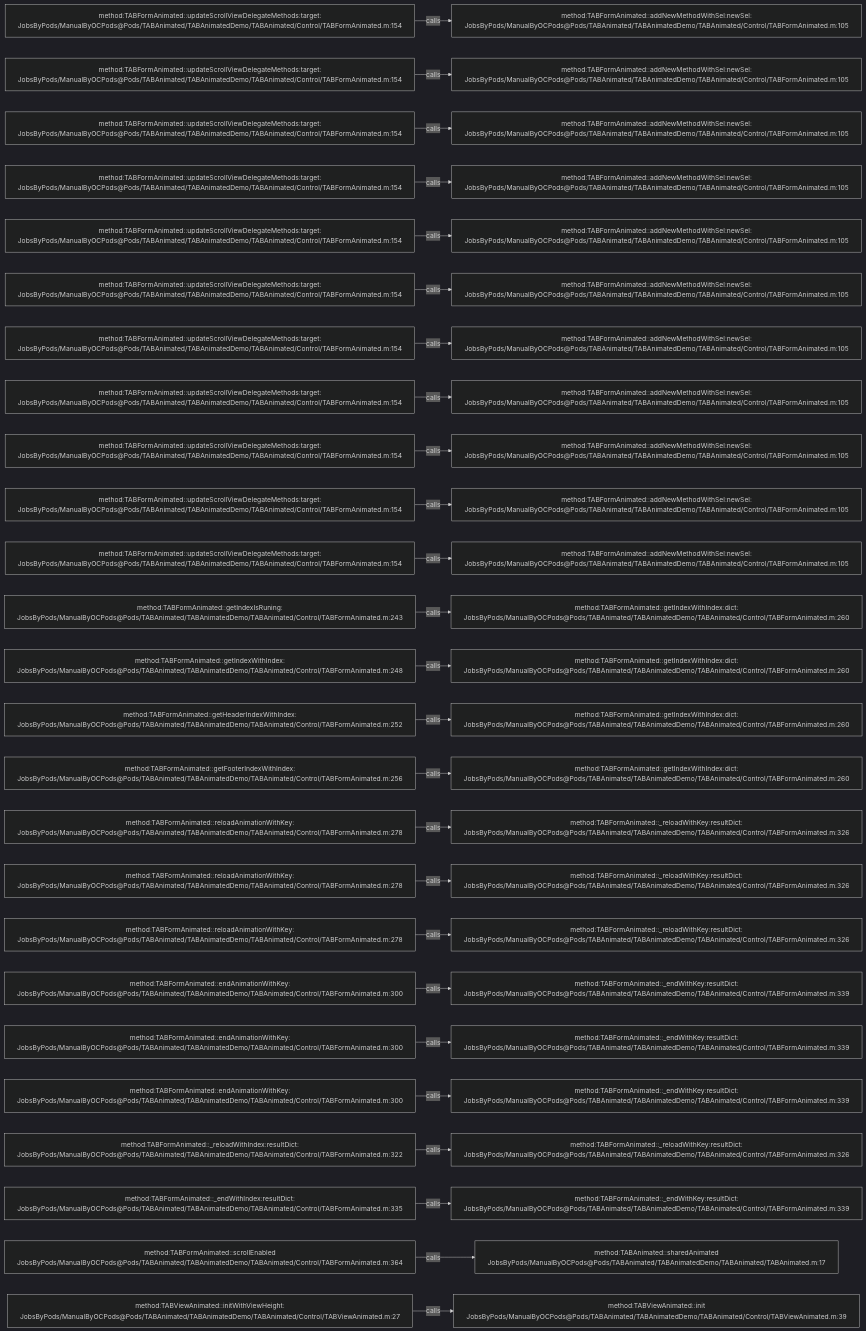
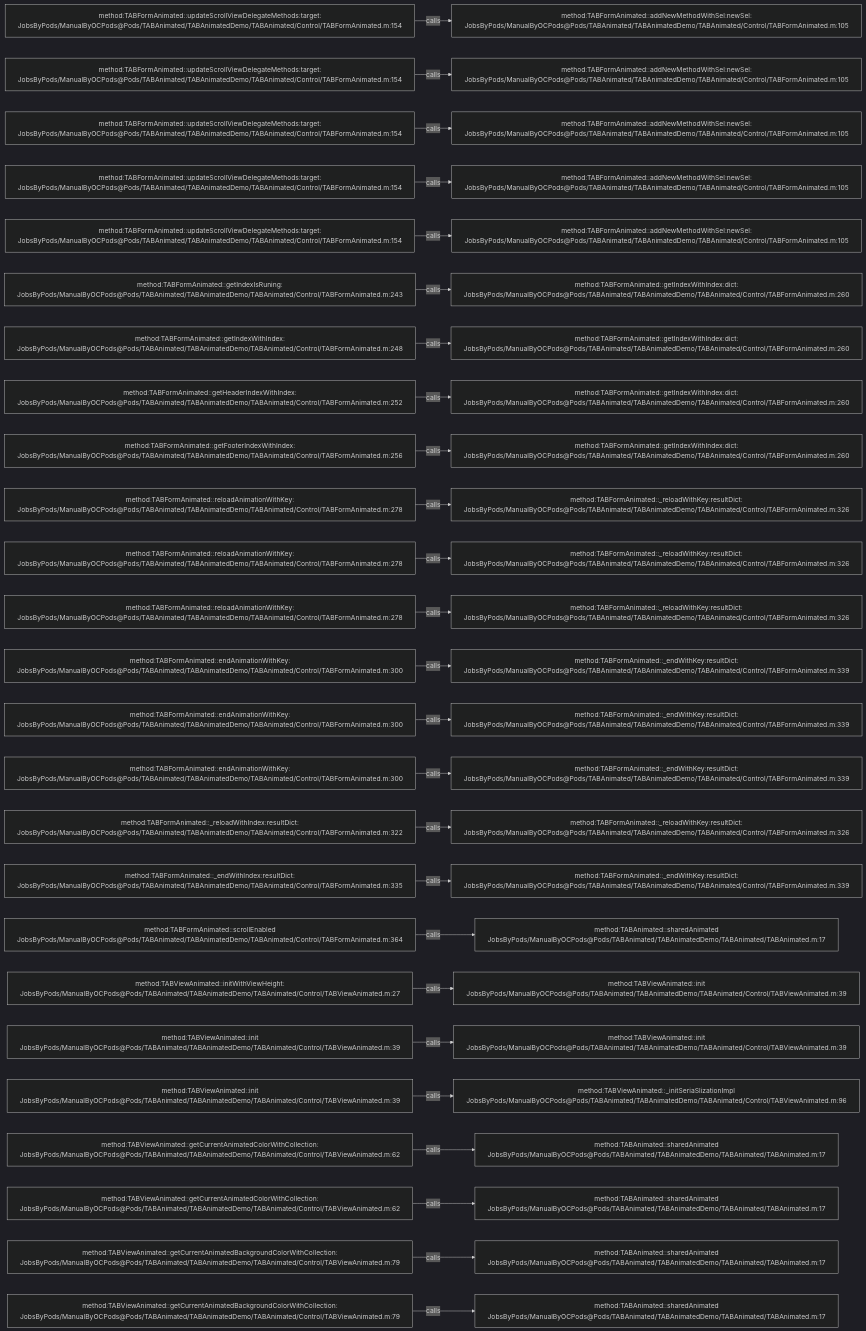
One commit to JobsKits/JobsOCBaseConfigDemo changed the diagram in .codegraph/codegraph.md/graphs/calls-017.md. Above: the diagram before and after it, drawn with Mermaid (dark theme). The commit also changed 666 other files, not shown here.

````diff
--- a/.codegraph/codegraph.md/graphs/calls-017.md
+++ b/.codegraph/codegraph.md/graphs/calls-017.md
@@ -13,78 +13,78 @@
 ```mermaid
 flowchart LR
   S1["method:TABFormAnimated::updateScrollViewDelegateMethods:target:<br/>JobsByPods/ManualByOCPods@Pods/TABAnimated/TABAnimatedDemo/TABAnimated/Control/TABFormAnimated.m:154"]
   T1["method:TABFormAnimated::addNewMethodWithSel:newSel:<br/>JobsByPods/ManualByOCPods@Pods/TABAnimated/TABAnimatedDemo/TABAnimated/Control/TABFormAnimated.m:105"]
   S1 -->|calls| T1
   S2["method:TABFormAnimated::updateScrollViewDelegateMethods:target:<br/>JobsByPods/ManualByOCPods@Pods/TABAnimated/TABAnimatedDemo/TABAnimated/Control/TABFormAnimated.m:154"]
   T2["method:TABFormAnimated::addNewMethodWithSel:newSel:<br/>JobsByPods/ManualByOCPods@Pods/TABAnimated/TABAnimatedDemo/TABAnimated/Control/TABFormAnimated.m:105"]
   S2 -->|calls| T2
   S3["method:TABFormAnimated::updateScrollViewDelegateMethods:target:<br/>JobsByPods/ManualByOCPods@Pods/TABAnimated/TABAnimatedDemo/TABAnimated/Control/TABFormAnimated.m:154"]
   T3["method:TABFormAnimated::addNewMethodWithSel:newSel:<br/>JobsByPods/ManualByOCPods@Pods/TABAnimated/TABAnimatedDemo/TABAnimated/Control/TABFormAnimated.m:105"]
   S3 -->|calls| T3
   S4["method:TABFormAnimated::updateScrollViewDelegateMethods:target:<br/>JobsByPods/ManualByOCPods@Pods/TABAnimated/TABAnimatedDemo/TABAnimated/Control/TABFormAnimated.m:154"]
   T4["method:TABFormAnimated::addNewMethodWithSel:newSel:<br/>JobsByPods/ManualByOCPods@Pods/TABAnimated/TABAnimatedDemo/TABAnimated/Control/TABFormAnimated.m:105"]
   S4 -->|calls| T4
   S5["method:TABFormAnimated::updateScrollViewDelegateMethods:target:<br/>JobsByPods/ManualByOCPods@Pods/TABAnimated/TABAnimatedDemo/TABAnimated/Control/TABFormAnimated.m:154"]
   T5["method:TABFormAnimated::addNewMethodWithSel:newSel:<br/>JobsByPods/ManualByOCPods@Pods/TABAnimated/TABAnimatedDemo/TABAnimated/Control/TABFormAnimated.m:105"]
   S5 -->|calls| T5
-  S6["method:TABFormAnimated::updateScrollViewDelegateMethods:target:<br/>JobsByPods/ManualByOCPods@Pods/TABAnimated/TABAnimatedDemo/TABAnimated/Control/TABFormAnimated.m:154"]
-  T6["method:TABFormAnimated::addNewMethodWithSel:newSel:<br/>JobsByPods/ManualByOCPods@Pods/TABAnimated/TABAnimatedDemo/TABAnimated/Control/TABFormAnimated.m:105"]
+  S6["method:TABFormAnimated::getIndexIsRuning:<br/>JobsByPods/ManualByOCPods@Pods/TABAnimated/TABAnimatedDemo/TABAnimated/Control/TABFormAnimated.m:243"]
+  T6["method:TABFormAnimated::getIndexWithIndex:dict:<br/>JobsByPods/ManualByOCPods@Pods/TABAnimated/TABAnimatedDemo/TABAnimated/Control/TABFormAnimated.m:260"]
   S6 -->|calls| T6
-  S7["method:TABFormAnimated::updateScrollViewDelegateMethods:target:<br/>JobsByPods/ManualByOCPods@Pods/TABAnimated/TABAnimatedDemo/TABAnimated/Control/TABFormAnimated.m:154"]
-  T7["method:TABFormAnimated::addNewMethodWithSel:newSel:<br/>JobsByPods/ManualByOCPods@Pods/TABAnimated/TABAnimatedDemo/TABAnimated/Control/TABFormAnimated.m:105"]
+  S7["method:TABFormAnimated::getIndexWithIndex:<br/>JobsByPods/ManualByOCPods@Pods/TABAnimated/TABAnimatedDemo/TABAnimated/Control/TABFormAnimated.m:248"]
+  T7["method:TABFormAnimated::getIndexWithIndex:dict:<br/>JobsByPods/ManualByOCPods@Pods/TABAnimated/TABAnimatedDemo/TABAnimated/Control/TABFormAnimated.m:260"]
   S7 -->|calls| T7
-  S8["method:TABFormAnimated::updateScrollViewDelegateMethods:target:<br/>JobsByPods/ManualByOCPods@Pods/TABAnimated/TABAnimatedDemo/TABAnimated/Control/TABFormAnimated.m:154"]
-  T8["method:TABFormAnimated::addNewMethodWithSel:newSel:<br/>JobsByPods/ManualByOCPods@Pods/TABAnimated/TABAnimatedDemo/TABAnimated/Control/TABFormAnimated.m:105"]
+  S8["method:TABFormAnimated::getHeaderIndexWithIndex:<br/>JobsByPods/ManualByOCPods@Pods/TABAnimated/TABAnimatedDemo/TABAnimated/Control/TABFormAnimated.m:252"]
+  T8["method:TABFormAnimated::getIndexWithIndex:dict:<br/>JobsByPods/ManualByOCPods@Pods/TABAnimated/TABAnimatedDemo/TABAnimated/Control/TABFormAnimated.m:260"]
   S8 -->|calls| T8
-  S9["method:TABFormAnimated::updateScrollViewDelegateMethods:target:<br/>JobsByPods/ManualByOCPods@Pods/TABAnimated/TABAnimatedDemo/TABAnimated/Control/TABFormAnimated.m:154"]
-  T9["method:TABFormAnimated::addNewMethodWithSel:newSel:<br/>JobsByPods/ManualByOCPods@Pods/TABAnimated/TABAnimatedDemo/TABAnimated/Control/TABFormAnimated.m:105"]
+  S9["method:TABFormAnimated::getFooterIndexWithIndex:<br/>JobsByPods/ManualByOCPods@Pods/TABAnimated/TABAnimatedDemo/TABAnimated/Control/TABFormAnimated.m:256"]
+  T9["method:TABFormAnimated::getIndexWithIndex:dict:<br/>JobsByPods/ManualByOCPods@Pods/TABAnimated/TABAnimatedDemo/TABAnimated/Control/TABFormAnimated.m:260"]
   S9 -->|calls| T9
-  S10["method:TABFormAnimated::updateScrollViewDelegateMethods:target:<br/>JobsByPods/ManualByOCPods@Pods/TABAnimated/TABAnimatedDemo/TABAnimated/Control/TABFormAnimated.m:154"]
-  T10["method:TABFormAnimated::addNewMethodWithSel:newSel:<br/>JobsByPods/ManualByOCPods@Pods/TABAnimated/TABAnimatedDemo/TABAnimated/Control/TABFormAnimated.m:105"]
+  S10["method:TABFormAnimated::reloadAnimationWithKey:<br/>JobsByPods/ManualByOCPods@Pods/TABAnimated/TABAnimatedDemo/TABAnimated/Control/TABFormAnimated.m:278"]
+  T10["method:TABFormAnimated::_reloadWithKey:resultDict:<br/>JobsByPods/ManualByOCPods@Pods/TABAnimated/TABAnimatedDemo/TABAnimated/Control/TABFormAnimated.m:326"]
   S10 -->|calls| T10
-  S11["method:TABFormAnimated::updateScrollViewDelegateMethods:target:<br/>JobsByPods/ManualByOCPods@Pods/TABAnimated/TABAnimatedDemo/TABAnimated/Control/TABFormAnimated.m:154"]
-  T11["method:TABFormAnimated::addNewMethodWithSel:newSel:<br/>JobsByPods/ManualByOCPods@Pods/TABAnimated/TABAnimatedDemo/TABAnimated/Control/TABFormAnimated.m:105"]
+  S11["method:TABFormAnimated::reloadAnimationWithKey:<br/>JobsByPods/ManualByOCPods@Pods/TABAnimated/TABAnimatedDemo/TABAnimated/Control/TABFormAnimated.m:278"]
+  T11["method:TABFormAnimated::_reloadWithKey:resultDict:<br/>JobsByPods/ManualByOCPods@Pods/TABAnimated/TABAnimatedDemo/TABAnimated/Control/TABFormAnimated.m:326"]
   S11 -->|calls| T11
-  S12["method:TABFormAnimated::getIndexIsRuning:<br/>JobsByPods/ManualByOCPods@Pods/TABAnimated/TABAnimatedDemo/TABAnimated/Control/TABFormAnimated.m:243"]
-  T12["method:TABFormAnimated::getIndexWithIndex:dict:<br/>JobsByPods/ManualByOCPods@Pods/TABAnimated/TABAnimatedDemo/TABAnimated/Control/TABFormAnimated.m:260"]
+  S12["method:TABFormAnimated::reloadAnimationWithKey:<br/>JobsByPods/ManualByOCPods@Pods/TABAnimated/TABAnimatedDemo/TABAnimated/Control/TABFormAnimated.m:278"]
+  T12["method:TABFormAnimated::_reloadWithKey:resultDict:<br/>JobsByPods/ManualByOCPods@Pods/TABAnimated/TABAnimatedDemo/TABAnimated/Control/TABFormAnimated.m:326"]
   S12 -->|calls| T12
-  S13["method:TABFormAnimated::getIndexWithIndex:<br/>JobsByPods/ManualByOCPods@Pods/TABAnimated/TABAnimatedDemo/TABAnimated/Control/TABFormAnimated.m:248"]
-  T13["method:TABFormAnimated::getIndexWithIndex:dict:<br/>JobsByPods/ManualByOCPods@Pods/TABAnimated/TABAnimatedDemo/TABAnimated/Control/TABFormAnimated.m:260"]
+  S13["method:TABFormAnimated::endAnimationWithKey:<br/>JobsByPods/ManualByOCPods@Pods/TABAnimated/TABAnimatedDemo/TABAnimated/Control/TABFormAnimated.m:300"]
+  T13["method:TABFormAnimated::_endWithKey:resultDict:<br/>JobsByPods/ManualByOCPods@Pods/TABAnimated/TABAnimatedDemo/TABAnimated/Control/TABFormAnimated.m:339"]
   S13 -->|calls| T13
-  S14["method:TABFormAnimated::getHeaderIndexWithIndex:<br/>JobsByPods/ManualByOCPods@Pods/TABAnimated/TABAnimatedDemo/TABAnimated/Control/TABFormAnimated.m:252"]
-  T14["method:TABFormAnimated::getIndexWithIndex:dict:<br/>JobsByPods/ManualByOCPods@Pods/TABAnimated/TABAnimatedDemo/TABAnimated/Control/TABFormAnimated.m:260"]
+  S14["method:TABFormAnimated::endAnimationWithKey:<br/>JobsByPods/ManualByOCPods@Pods/TABAnimated/TABAnimatedDemo/TABAnimated/Control/TABFormAnimated.m:300"]
+  T14["method:TABFormAnimated::_endWithKey:resultDict:<br/>JobsByPods/ManualByOCPods@Pods/TABAnimated/TABAnimatedDemo/TABAnimated/Control/TABFormAnimated.m:339"]
   S14 -->|calls| T14
-  S15["method:TABFormAnimated::getFooterIndexWithIndex:<br/>JobsByPods/ManualByOCPods@Pods/TABAnimated/TABAnimatedDemo/TABAnimated/Control/TABFormAnimated.m:256"]
-  T15["method:TABFormAnimated::getIndexWithIndex:dict:<br/>JobsByPods/ManualByOCPods@Pods/TABAnimated/TABAnimatedDemo/TABAnimated/Control/TABFormAnimated.m:260"]
+  S15["method:TABFormAnimated::endAnimationWithKey:<br/>JobsByPods/ManualByOCPods@Pods/TABAnimated/TABAnimatedDemo/TABAnimated/Control/TABFormAnimated.m:300"]
+  T15["method:TABFormAnimated::_endWithKey:resultDict:<br/>JobsByPods/ManualByOCPods@Pods/TABAnimated/TABAnimatedDemo/TABAnimated/Control/TABFormAnimated.m:339"]
   S15 -->|calls| T15
-  S16["method:TABFormAnimated::reloadAnimationWithKey:<br/>JobsByPods/ManualByOCPods@Pods/TABAnimated/TABAnimatedDemo/TABAnimated/Control/TABFormAnimated.m:278"]
+  S16["method:TABFormAnimated::_reloadWithIndex:resultDict:<br/>JobsByPods/ManualByOCPods@Pods/TABAnimated/TABAnimatedDemo/TABAnimated/Control/TABFormAnimated.m:322"]
   T16["method:TABFormAnimated::_reloadWithKey:resultDict:<br/>JobsByPods/ManualByOCPods@Pods/TABAnimated/TABAnimatedDemo/TABAnimated/Control/TABFormAnimated.m:326"]
   S16 -->|calls| T16
-  S17["method:TABFormAnimated::reloadAnimationWithKey:<br/>JobsByPods/ManualByOCPods@Pods/TABAnimated/TABAnimatedDemo/TABAnimated/Control/TABFormAnimated.m:278"]
-  T17["method:TABFormAnimated::_reloadWithKey:resultDict:<br/>JobsByPods/ManualByOCPods@Pods/TABAnimated/TABAnimatedDemo/TABAnimated/Control/TABFormAnimated.m:326"]
+  S17["method:TABFormAnimated::_endWithIndex:resultDict:<br/>JobsByPods/ManualByOCPods@Pods/TABAnimated/TABAnimatedDemo/TABAnimated/Control/TABFormAnimated.m:335"]
+  T17["method:TABFormAnimated::_endWithKey:resultDict:<br/>JobsByPods/ManualByOCPods@Pods/TABAnimated/TABAnimatedDemo/TABAnimated/Control/TABFormAnimated.m:339"]
   S17 -->|calls| T17
-  S18["method:TABFormAnimated::reloadAnimationWithKey:<br/>JobsByPods/ManualByOCPods@Pods/TABAnimated/TABAnimatedDemo/TABAnimated/Control/TABFormAnimated.m:278"]
-  T18["method:TABFormAnimated::_reloadWithKey:resultDict:<br/>JobsByPods/ManualByOCPods@Pods/TABAnimated/TABAnimatedDemo/TABAnimated/Control/TABFormAnimated.m:326"]
+  S18["method:TABFormAnimated::scrollEnabled<br/>JobsByPods/ManualByOCPods@Pods/TABAnimated/TABAnimatedDemo/TABAnimated/Control/TABFormAnimated.m:364"]
+  T18["method:TABAnimated::sharedAnimated<br/>JobsByPods/ManualByOCPods@Pods/TABAnimated/TABAnimatedDemo/TABAnimated/TABAnimated.m:17"]
   S18 -->|calls| T18
-  S19["method:TABFormAnimated::endAnimationWithKey:<br/>JobsByPods/ManualByOCPods@Pods/TABAnimated/TABAnimatedDemo/TABAnimated/Control/TABFormAnimated.m:300"]
-  T19["method:TABFormAnimated::_endWithKey:resultDict:<br/>JobsByPods/ManualByOCPods@Pods/TABAnimated/TABAnimatedDemo/TABAnimated/Control/TABFormAnimated.m:339"]
+  S19["method:TABViewAnimated::initWithViewHeight:<br/>JobsByPods/ManualByOCPods@Pods/TABAnimated/TABAnimatedDemo/TABAnimated/Control/TABViewAnimated.m:27"]
+  T19["method:TABViewAnimated::init<br/>JobsByPods/ManualByOCPods@Pods/TABAnimated/TABAnimatedDemo/TABAnimated/Control/TABViewAnimated.m:39"]
   S19 -->|calls| T19
-  S20["method:TABFormAnimated::endAnimationWithKey:<br/>JobsByPods/ManualByOCPods@Pods/TABAnimated/TABAnimatedDemo/TABAnimated/Control/TABFormAnimated.m:300"]
-  T20["method:TABFormAnimated::_endWithKey:resultDict:<br/>JobsByPods/ManualByOCPods@Pods/TABAnimated/TABAnimatedDemo/TABAnimated/Control/TABFormAnimated.m:339"]
+  S20["method:TABViewAnimated::init<br/>JobsByPods/ManualByOCPods@Pods/TABAnimated/TABAnimatedDemo/TABAnimated/Control/TABViewAnimated.m:39"]
+  T20["method:TABViewAnimated::init<br/>JobsByPods/ManualByOCPods@Pods/TABAnimated/TABAnimatedDemo/TABAnimated/Control/TABViewAnimated.m:39"]
   S20 -->|calls| T20
-  S21["method:TABFormAnimated::endAnimationWithKey:<br/>JobsByPods/ManualByOCPods@Pods/TABAnimated/TABAnimatedDemo/TABAnimated/Control/TABFormAnimated.m:300"]
-  T21["method:TABFormAnimated::_endWithKey:resultDict:<br/>JobsByPods/ManualByOCPods@Pods/TABAnimated/TABAnimatedDemo/TABAnimated/Control/TABFormAnimated.m:339"]
+  S21["method:TABViewAnimated::init<br/>JobsByPods/ManualByOCPods@Pods/TABAnimated/TABAnimatedDemo/TABAnimated/Control/TABViewAnimated.m:39"]
+  T21["method:TABViewAnimated::_initSeriaSlizationImpl<br/>JobsByPods/ManualByOCPods@Pods/TABAnimated/TABAnimatedDemo/TABAnimated/Control/TABViewAnimated.m:96"]
   S21 -->|calls| T21
-  S22["method:TABFormAnimated::_reloadWithIndex:resultDict:<br/>JobsByPods/ManualByOCPods@Pods/TABAnimated/TABAnimatedDemo/TABAnimated/Control/TABFormAnimated.m:322"]
-  T22["method:TABFormAnimated::_reloadWithKey:resultDict:<br/>JobsByPods/ManualByOCPods@Pods/TABAnimated/TABAnimatedDemo/TABAnimated/Control/TABFormAnimated.m:326"]
+  S22["method:TABViewAnimated::getCurrentAnimatedColorWithCollection:<br/>JobsByPods/ManualByOCPods@Pods/TABAnimated/TABAnimatedDemo/TABAnimated/Control/TABViewAnimated.m:62"]
+  T22["method:TABAnimated::sharedAnimated<br/>JobsByPods/ManualByOCPods@Pods/TABAnimated/TABAnimatedDemo/TABAnimated/TABAnimated.m:17"]
   S22 -->|calls| T22
-  S23["method:TABFormAnimated::_endWithIndex:resultDict:<br/>JobsByPods/ManualByOCPods@Pods/TABAnimated/TABAnimatedDemo/TABAnimated/Control/TABFormAnimated.m:335"]
-  T23["method:TABFormAnimated::_endWithKey:resultDict:<br/>JobsByPods/ManualByOCPods@Pods/TABAnimated/TABAnimatedDemo/TABAnimated/Control/TABFormAnimated.m:339"]
+  S23["method:TABViewAnimated::getCurrentAnimatedColorWithCollection:<br/>JobsByPods/ManualByOCPods@Pods/TABAnimated/TABAnimatedDemo/TABAnimated/Control/TABViewAnimated.m:62"]
+  T23["method:TABAnimated::sharedAnimated<br/>JobsByPods/ManualByOCPods@Pods/TABAnimated/TABAnimatedDemo/TABAnimated/TABAnimated.m:17"]
   S23 -->|calls| T23
-  S24["method:TABFormAnimated::scrollEnabled<br/>JobsByPods/ManualByOCPods@Pods/TABAnimated/TABAnimatedDemo/TABAnimated/Control/TABFormAnimated.m:364"]
+  S24["method:TABViewAnimated::getCurrentAnimatedBackgroundColorWithCollection:<br/>JobsByPods/ManualByOCPods@Pods/TABAnimated/TABAnimatedDemo/TABAnimated/Control/TABViewAnimated.m:79"]
   T24["method:TABAnimated::sharedAnimated<br/>JobsByPods/ManualByOCPods@Pods/TABAnimated/TABAnimatedDemo/TABAnimated/TABAnimated.m:17"]
   S24 -->|calls| T24
-  S25["method:TABViewAnimated::initWithViewHeight:<br/>JobsByPods/ManualByOCPods@Pods/TABAnimated/TABAnimatedDemo/TABAnimated/Control/TABViewAnimated.m:27"]
-  T25["method:TABViewAnimated::init<br/>JobsByPods/ManualByOCPods@Pods/TABAnimated/TABAnimatedDemo/TABAnimated/Control/TABViewAnimated.m:39"]
+  S25["method:TABViewAnimated::getCurrentAnimatedBackgroundColorWithCollection:<br/>JobsByPods/ManualByOCPods@Pods/TABAnimated/TABAnimatedDemo/TABAnimated/Control/TABViewAnimated.m:79"]
+  T25["method:TABAnimated::sharedAnimated<br/>JobsByPods/ManualByOCPods@Pods/TABAnimated/TABAnimatedDemo/TABAnimated/TABAnimated.m:17"]
   S25 -->|calls| T25
 ```
````
